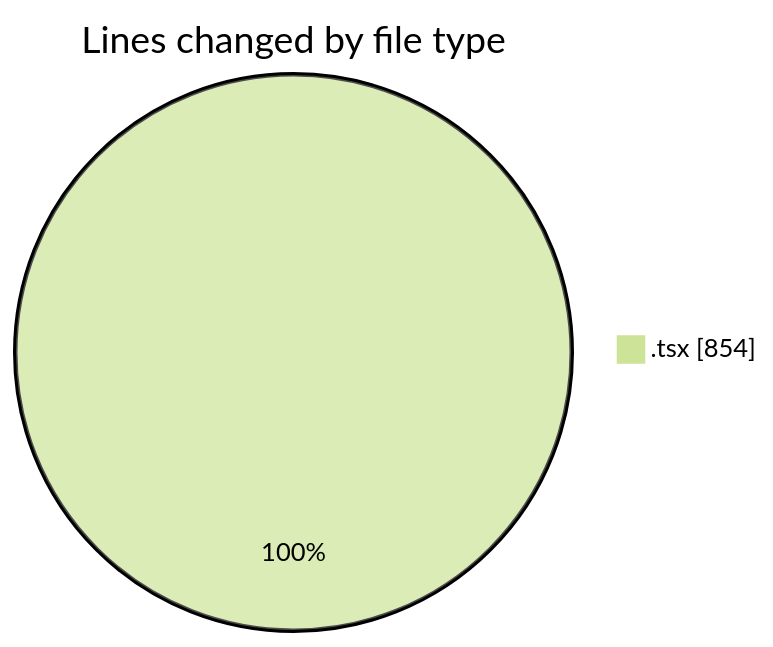
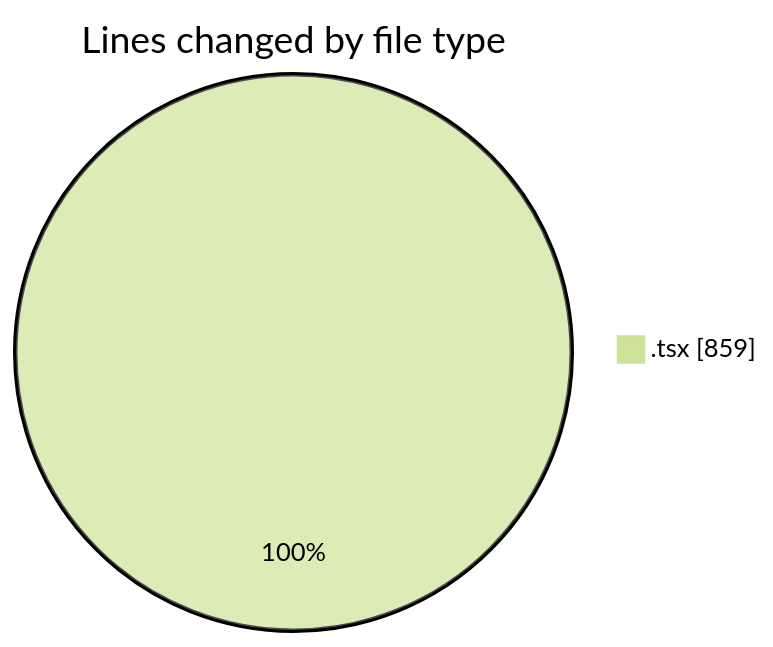
The first of 2 diagrams in 2025-09-15/cda/README.md (momahboobian/code-tracking), drawn with Mermaid (forest theme) before and after one commit. The commit also changed other lines of this file and 1 other file, not shown here.

````diff
--- a/2025-09-15/cda/README.md
+++ b/2025-09-15/cda/README.md
@@ -21,5 +21,5 @@
 ```mermaid
 pie showData
 title Lines changed by file type
-".tsx" : 854
+".tsx" : 859
 ```
````
